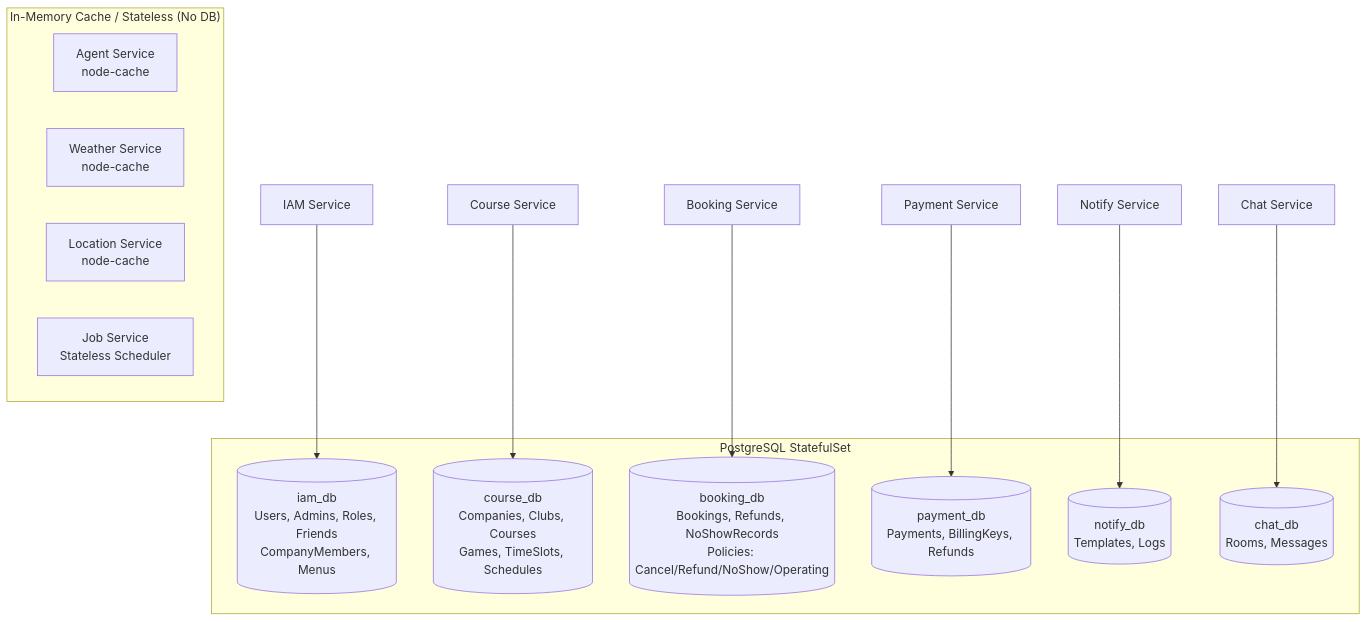
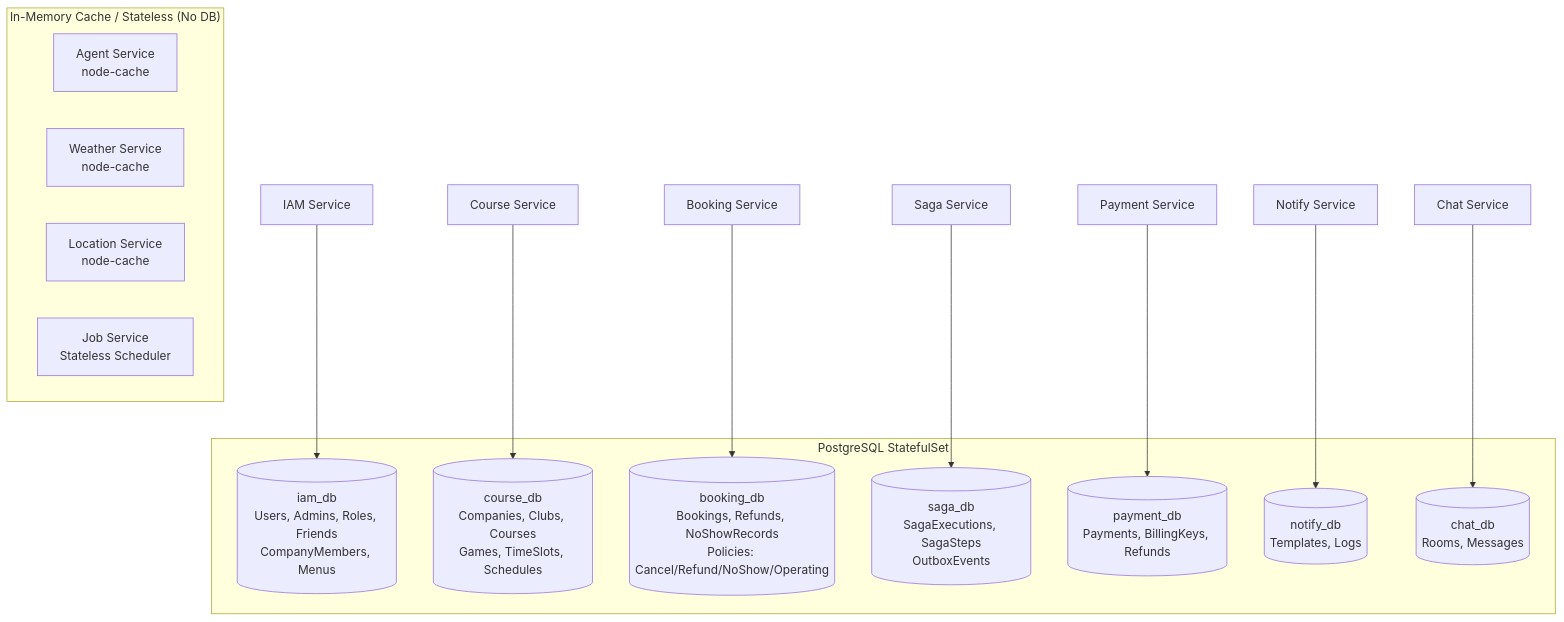
Before and after one commit to uniyous/parkgolf-platform: the fourth of 6 diagrams in docs/architecture/SYSTEM.md, drawn with Mermaid. The commit also changed other lines of this file and 9 other files, not shown here.

First line of the commit message:
docs: saga-service 독립 분리에 따른 아키텍처/워크플로우 문서 현행화

````diff
--- a/docs/architecture/SYSTEM.md
+++ b/docs/architecture/SYSTEM.md
@@ -621,25 +676,27 @@
 ```mermaid
 graph TD
     subgraph "PostgreSQL StatefulSet"
         IAM_DB[(iam_db<br/>Users, Admins, Roles, Friends<br/>CompanyMembers, Menus)]
         COURSE_DB[(course_db<br/>Companies, Clubs, Courses<br/>Games, TimeSlots, Schedules)]
         BOOKING_DB[(booking_db<br/>Bookings, Refunds, NoShowRecords<br/>Policies: Cancel/Refund/NoShow/Operating)]
+        SAGA_DB[(saga_db<br/>SagaExecutions, SagaSteps<br/>OutboxEvents)]
         PAYMENT_DB[(payment_db<br/>Payments, BillingKeys, Refunds)]
         NOTIFY_DB[(notify_db<br/>Templates, Logs)]
         CHAT_DB[(chat_db<br/>Rooms, Messages)]
     end
 
     IAM[IAM Service] --> IAM_DB
     COURSE[Course Service] --> COURSE_DB
     BOOK[Booking Service] --> BOOKING_DB
+    SAGA[Saga Service] --> SAGA_DB
     PAY[Payment Service] --> PAYMENT_DB
     NOTIFY[Notify Service] --> NOTIFY_DB
     CHAT[Chat Service] --> CHAT_DB
 
     subgraph "In-Memory Cache / Stateless (No DB)"
         AGENT[Agent Service<br/>node-cache]
         WEATHER[Weather Service<br/>node-cache]
         LOCATION[Location Service<br/>node-cache]
         JOB[Job Service<br/>Stateless Scheduler]
     end
 ```
````
